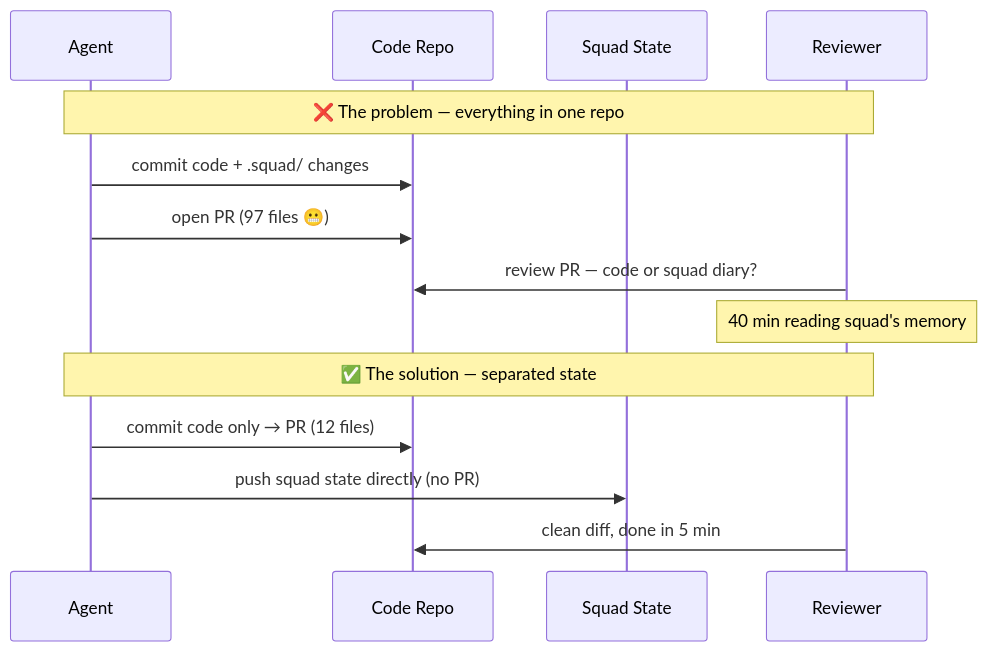
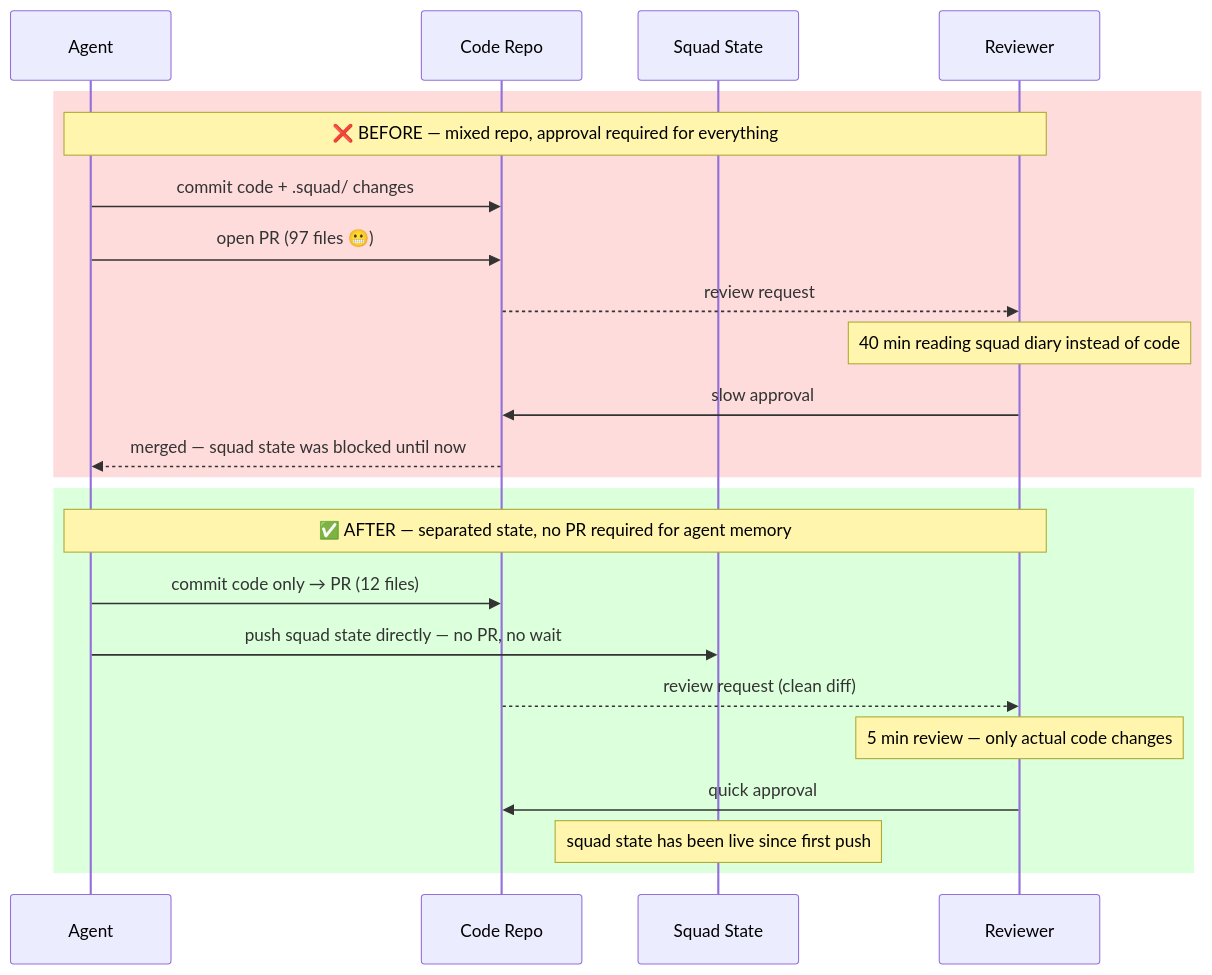
The first of 2 diagrams in _posts/2026-03-22-scaling-ai-part7-enterprise-state.md (tamirdresher/tamirdresher.github.io), drawn with Mermaid before and after one commit. The commit also changed other lines of this file, not shown here.

Commit message:
Fix sequence diagram: add rect sections for before/after visual clarity

```diff
--- a/_posts/2026-03-22-scaling-ai-part7-enterprise-state.md
+++ b/_posts/2026-03-22-scaling-ai-part7-enterprise-state.md
@@ -85,18 +85,27 @@
 <div class="mermaid">
 sequenceDiagram
     participant A as Agent
     participant C as Code Repo
     participant S as Squad State
     participant R as Reviewer
 
-    Note over A,R: ❌ The problem — everything in one repo
-    A->>C: commit code + .squad/ changes
-    A->>C: open PR (97 files 😬)
-    R->>C: review PR — code or squad diary?
-    Note over R: 40 min reading squad's memory
+    rect rgb(255, 220, 220)
+        Note over A,R: ❌ BEFORE — mixed repo, approval required for everything
+        A->>C: commit code + .squad/ changes
+        A->>C: open PR (97 files 😬)
+        C-->>R: review request
+        Note over R: 40 min reading squad diary instead of code
+        R->>C: slow approval
+        C-->>A: merged — squad state was blocked until now
+    end
 
-    Note over A,R: ✅ The solution — separated state
-    A->>C: commit code only → PR (12 files)
-    A->>S: push squad state directly (no PR)
-    R->>C: clean diff, done in 5 min
+    rect rgb(220, 255, 220)
+        Note over A,R: ✅ AFTER — separated state, no PR required for agent memory
+        A->>C: commit code only → PR (12 files)
+        A->>S: push squad state directly — no PR, no wait
+        C-->>R: review request (clean diff)
+        Note over R: 5 min review — only actual code changes
+        R->>C: quick approval
+        Note over S: squad state has been live since first push
+    end
 </div>
```
